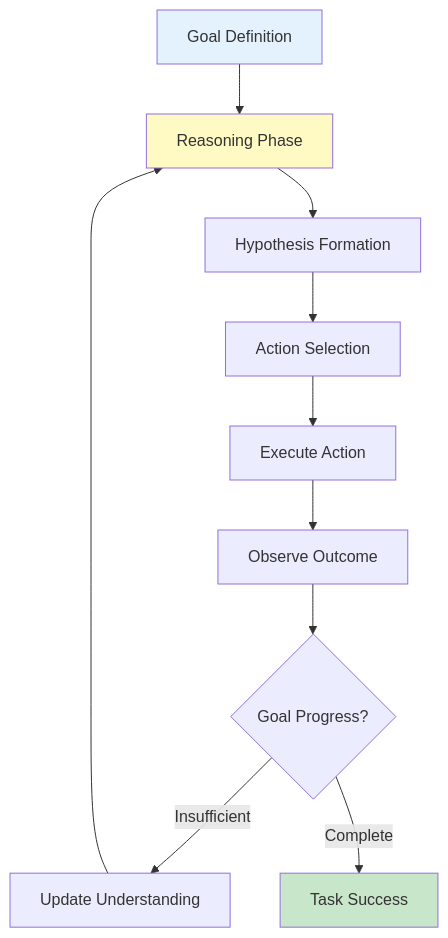
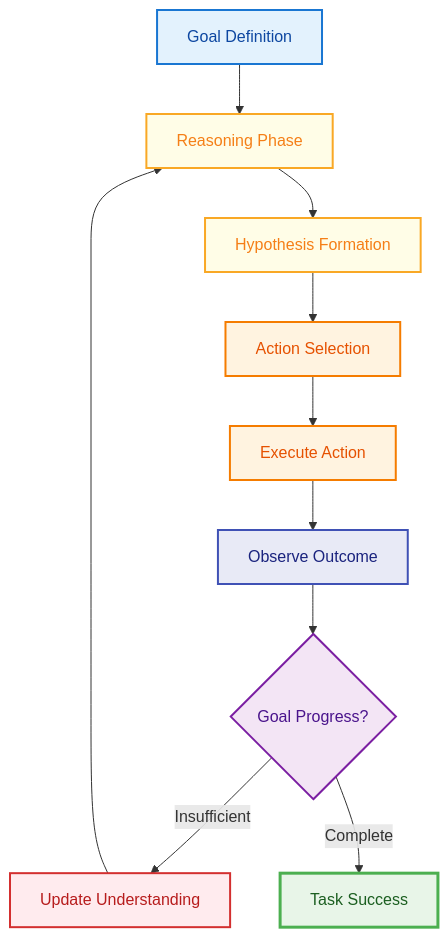
The fifth of 21 diagrams in 34_agentic_ai_design_patterns.md (raphaelmansuy/tutorials), drawn with Mermaid before and after one commit. The commit also changed other lines of this file, not shown here.

````diff
--- a/34_agentic_ai_design_patterns.md
+++ b/34_agentic_ai_design_patterns.md
@@ -158,16 +264,22 @@
 ```mermaid
-graph TD
+flowchart TD
     A[Goal Definition] --> B[Reasoning Phase]
     B --> C[Hypothesis Formation]
     C --> D[Action Selection]
     D --> E[Execute Action]
     E --> F[Observe Outcome]
     F --> G{Goal Progress?}
     G -->|Insufficient| H[Update Understanding]
     H --> B
     G -->|Complete| I[Task Success]
 
-    style A fill:#e3f2fd
-    style I fill:#c8e6c9
-    style B fill:#fff9c4
+    style A fill:#E3F2FD,stroke:#1976D2,stroke-width:2px,color:#0D47A1
+    style B fill:#FFFDE7,stroke:#F9A825,stroke-width:2px,color:#F57F17
+    style C fill:#FFFDE7,stroke:#F9A825,stroke-width:2px,color:#F57F17
+    style D fill:#FFF3E0,stroke:#F57C00,stroke-width:2px,color:#E65100
+    style E fill:#FFF3E0,stroke:#F57C00,stroke-width:2px,color:#E65100
+    style F fill:#E8EAF6,stroke:#3F51B5,stroke-width:2px,color:#1A237E
+    style G fill:#F3E5F5,stroke:#7B1FA2,stroke-width:2px,color:#4A148C
+    style H fill:#FFEBEE,stroke:#D32F2F,stroke-width:2px,color:#B71C1C
+    style I fill:#E8F5E8,stroke:#4CAF50,stroke-width:3px,color:#1B5E20
 ```
````
